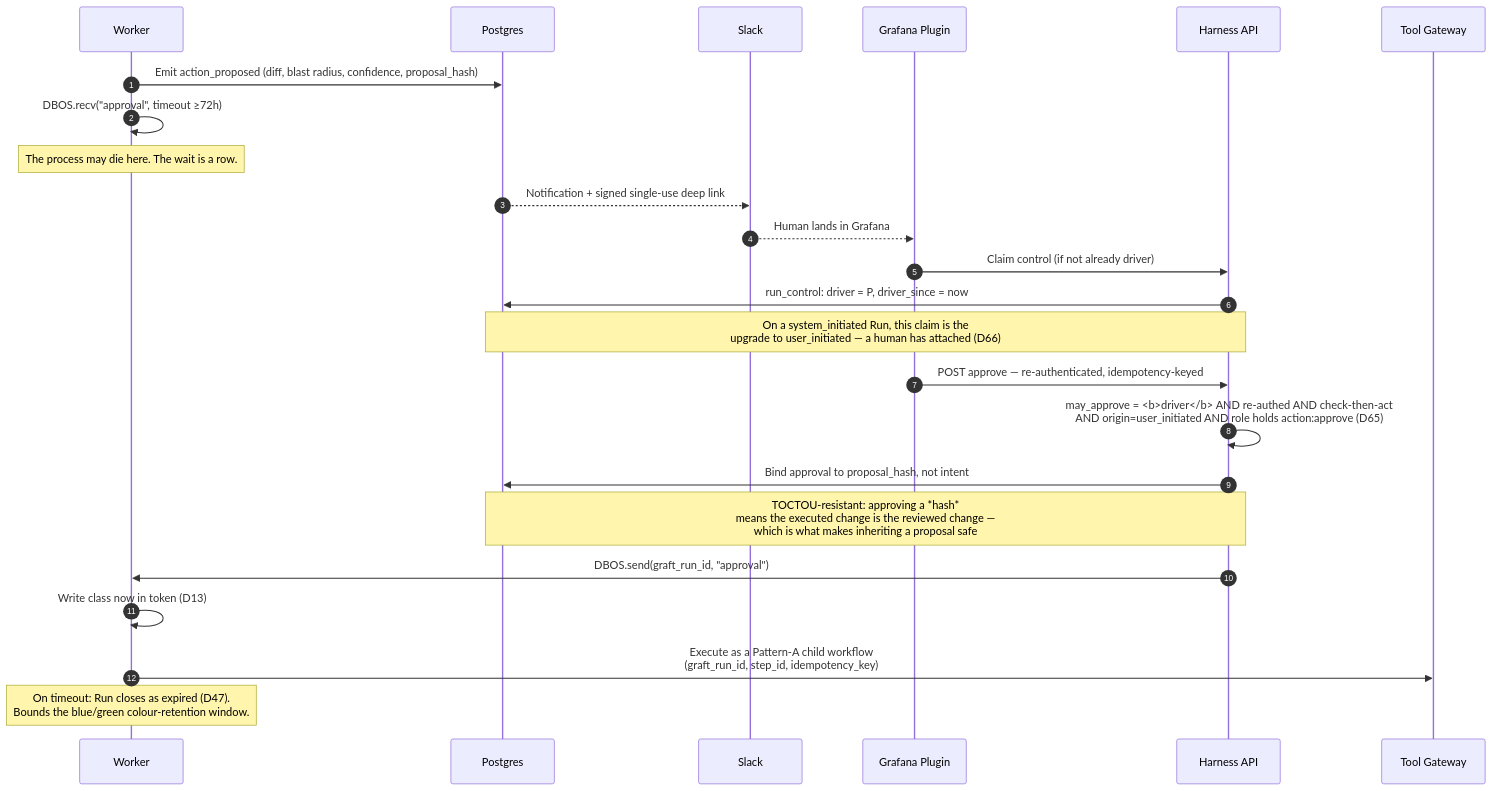
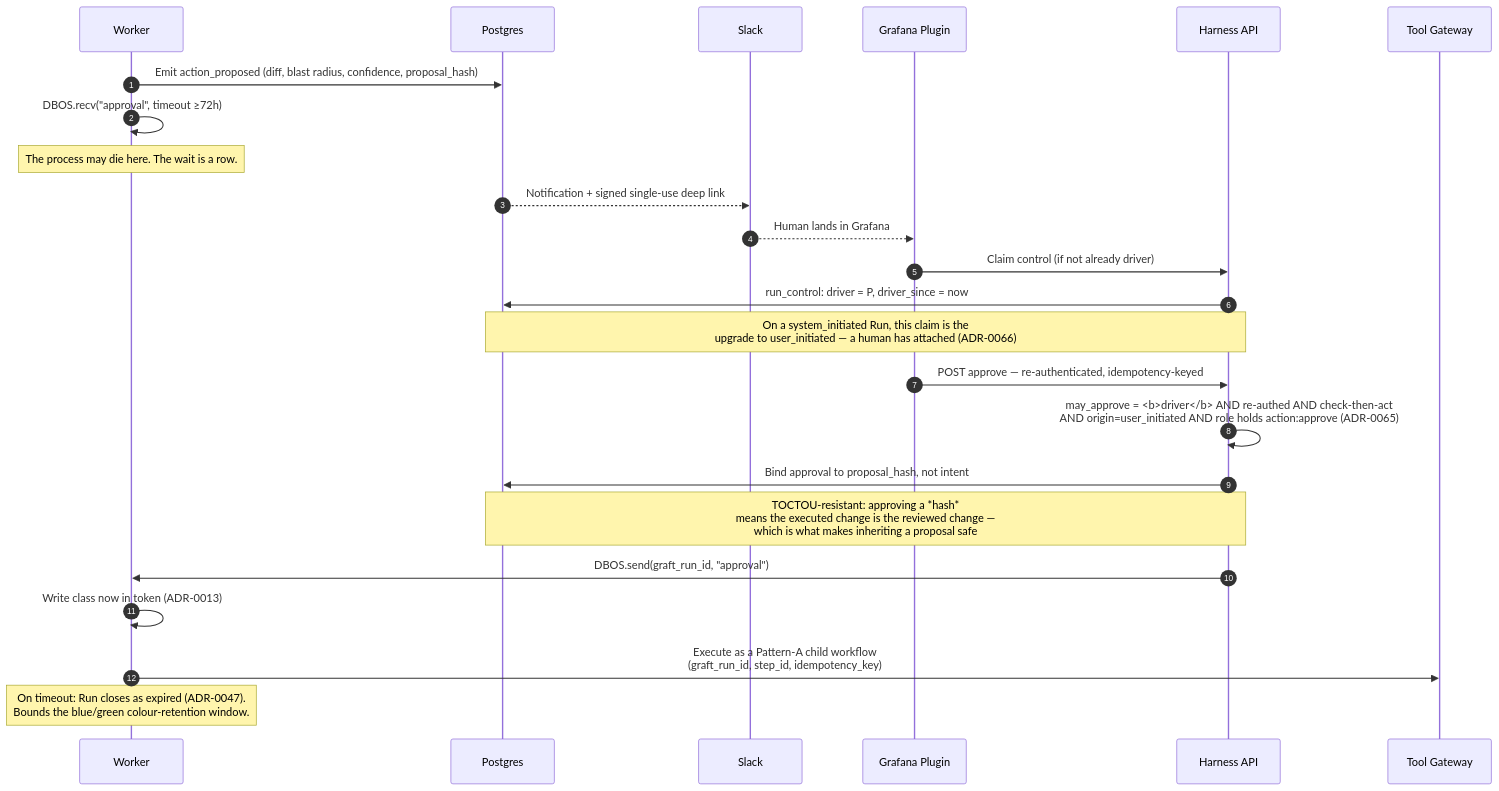
Before and after one commit to vikshana/graft-agent-harness: the fifth of 8 diagrams in docs/diagrams/c4-l2-containers.md, drawn with Mermaid. The commit also changed other lines of this file and 120 other files, not shown here.

````diff
--- a/docs/diagrams/c4-l2-containers.md
+++ b/docs/diagrams/c4-l2-containers.md
@@ -410,27 +410,27 @@
 ```mermaid
 sequenceDiagram
     autonumber
     participant W as Worker
     participant PG as Postgres
     participant SL as Slack
     participant B as Grafana Plugin
     participant API as Harness API
     participant GW as Tool Gateway
 
     W->>PG: Emit action_proposed (diff, blast radius, confidence, proposal_hash)
     W->>W: DBOS.recv("approval", timeout ≥72h)
     Note over W: The process may die here. The wait is a row.
     PG-->>SL: Notification + signed single-use deep link
     SL-->>B: Human lands in Grafana
     B->>API: Claim control (if not already driver)
     API->>PG: run_control: driver = P, driver_since = now
-    Note over API,PG: On a system_initiated Run, this claim is the<br/>upgrade to user_initiated — a human has attached (D66)
+    Note over API,PG: On a system_initiated Run, this claim is the<br/>upgrade to user_initiated — a human has attached (ADR-0066)
     B->>API: POST approve — re-authenticated, idempotency-keyed
-    API->>API: may_approve = <b>driver</b> AND re-authed AND check-then-act<br/>AND origin=user_initiated AND role holds action:approve (D65)
+    API->>API: may_approve = <b>driver</b> AND re-authed AND check-then-act<br/>AND origin=user_initiated AND role holds action:approve (ADR-0065)
     API->>PG: Bind approval to proposal_hash, not intent
     Note over API,PG: TOCTOU-resistant: approving a *hash*<br/>means the executed change is the reviewed change —<br/>which is what makes inheriting a proposal safe
     API->>W: DBOS.send(graft_run_id, "approval")
-    W->>W: Write class now in token (D13)
+    W->>W: Write class now in token (ADR-0013)
     W->>GW: Execute as a Pattern-A child workflow<br/>(graft_run_id, step_id, idempotency_key)
-    Note over W: On timeout: Run closes as expired (D47).<br/>Bounds the blue/green colour-retention window.
+    Note over W: On timeout: Run closes as expired (ADR-0047).<br/>Bounds the blue/green colour-retention window.
 ```
````
